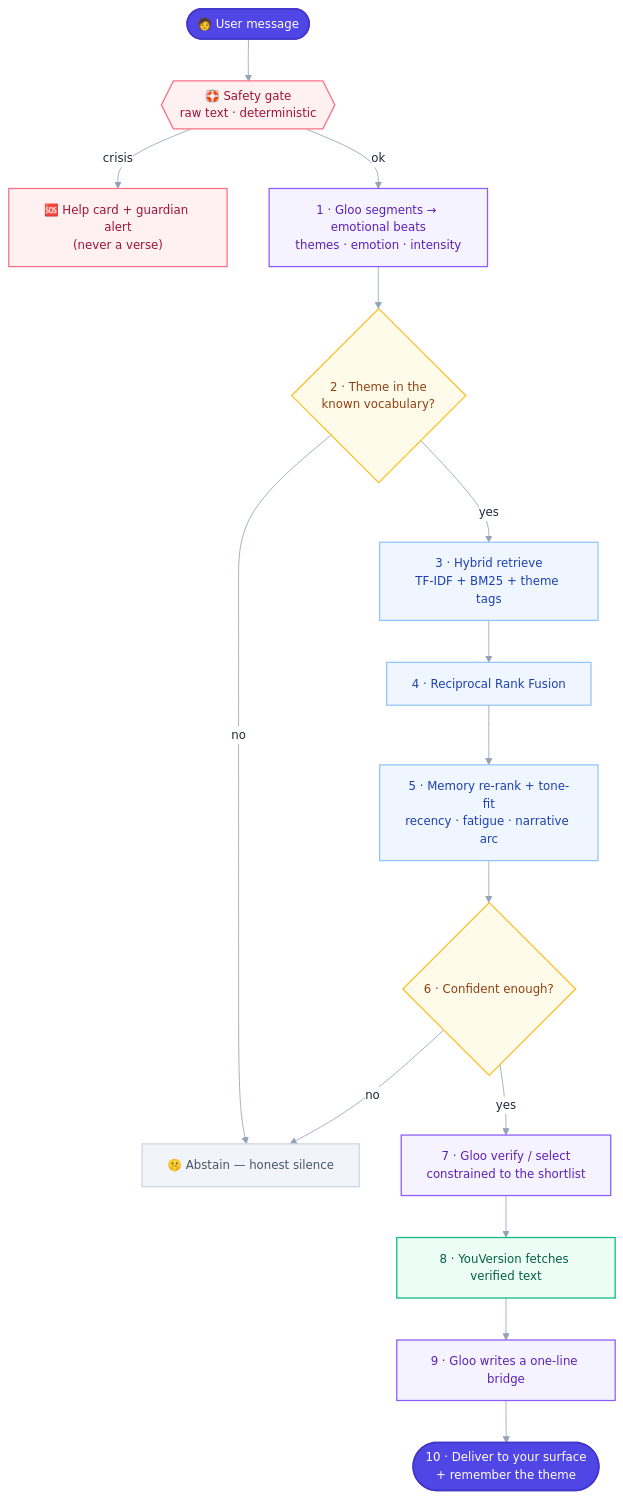
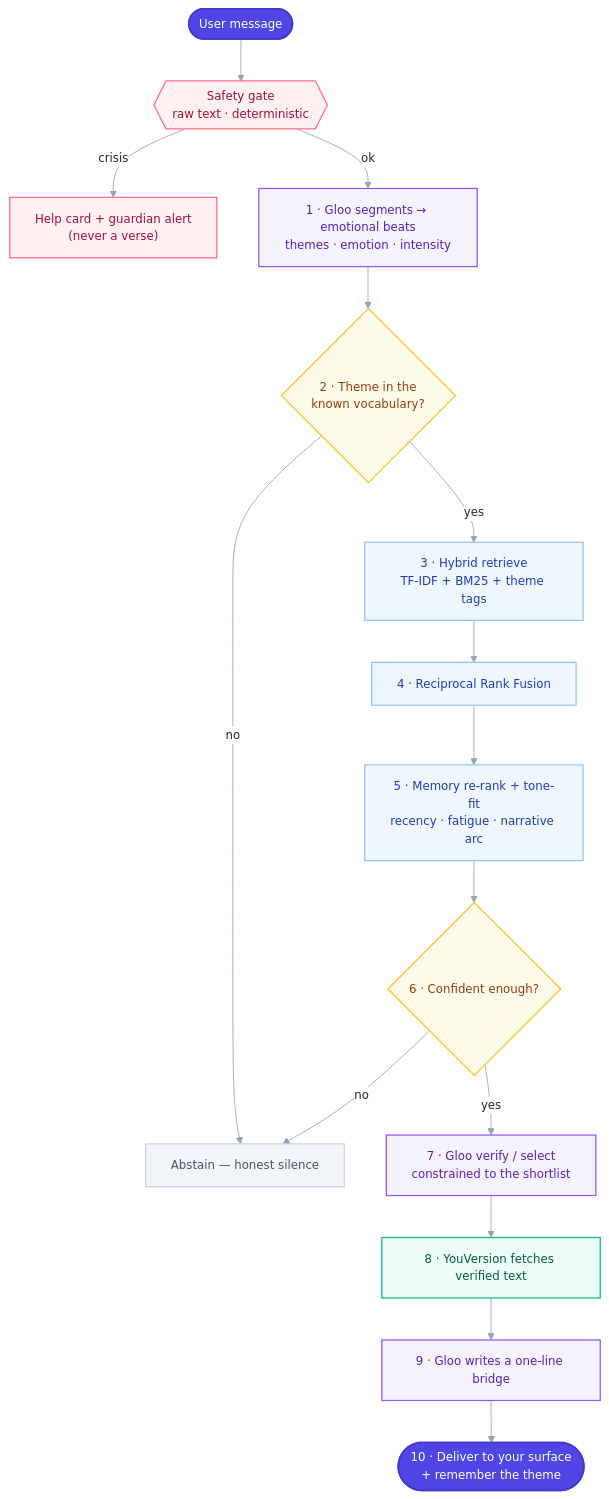
The third of 3 diagrams in README.md (krizz711/resonate), drawn with Mermaid before and after one commit. The commit also changed other lines of this file, not shown here.

````diff
--- a/README.md
+++ b/README.md
@@ -169,33 +169,33 @@
 ```mermaid
 %%{init: {'theme':'base','themeVariables':{'fontFamily':'ui-sans-serif, system-ui, -apple-system, Segoe UI, sans-serif','fontSize':'14px','lineColor':'#94a3b8','primaryColor':'#f1f5f9','primaryTextColor':'#1e293b','primaryBorderColor':'#cbd5e1','clusterBkg':'#f8fafc','clusterBorder':'#e2e8f0','edgeLabelBackground':'#ffffff'}}}%%
 flowchart TD
-    M(["🧑 User message"]) --> S{{"🛟 Safety gate<br/>raw text · deterministic"}}
-    S -->|crisis| H["🆘 Help card + guardian alert<br/>(never a verse)"]
+    M(["User message"]) --> S{{"Safety gate<br/>raw text · deterministic"}}
+    S -->|crisis| H["Help card + guardian alert<br/>(never a verse)"]
     S -->|ok| SEG["1 · Gloo segments → emotional beats<br/>themes · emotion · intensity"]
     SEG --> K{"2 · Theme in the<br/>known vocabulary?"}
-    K -->|no| AB["🤫 Abstain — honest silence"]
+    K -->|no| AB["Abstain — honest silence"]
     K -->|yes| R["3 · Hybrid retrieve<br/>TF-IDF + BM25 + theme tags"]
     R --> RRF["4 · Reciprocal Rank Fusion"]
     RRF --> RR["5 · Memory re-rank + tone-fit<br/>recency · fatigue · narrative arc"]
     RR --> C{"6 · Confident enough?"}
     C -->|no| AB
     C -->|yes| V["7 · Gloo verify / select<br/>constrained to the shortlist"]
     V --> F["8 · YouVersion fetches verified text"]
     F --> B["9 · Gloo writes a one-line bridge"]
     B --> D(["10 · Deliver to your surface<br/>+ remember the theme"])
 
     classDef term fill:#4f46e5,stroke:#4338ca,stroke-width:2px,color:#ffffff;
     classDef safety fill:#fff1f2,stroke:#fb7185,stroke-width:1.5px,color:#9f1239;
     classDef gloo fill:#f5f3ff,stroke:#8b5cf6,stroke-width:1.5px,color:#5b21b6;
     classDef yv fill:#ecfdf5,stroke:#10b981,stroke-width:1.5px,color:#065f46;
     classDef step fill:#eff6ff,stroke:#93c5fd,stroke-width:1.5px,color:#1e40af;
     classDef decision fill:#fffbeb,stroke:#fbbf24,stroke-width:1.5px,color:#92400e;
     classDef quiet fill:#f1f5f9,stroke:#cbd5e1,stroke-width:1.5px,color:#475569;
     class M,D term;
     class S,H safety;
     class SEG,V,B gloo;
     class F yv;
     class R,RRF,RR step;
     class K,C decision;
     class AB quiet;
 ```
````
